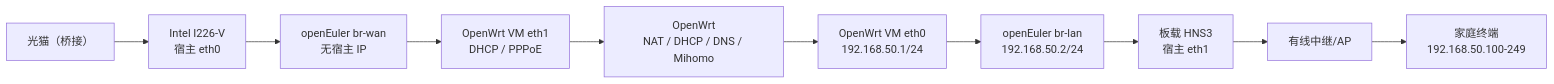
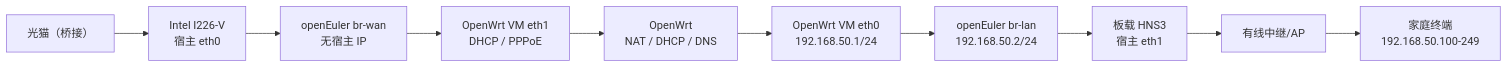
The diagram in kunpeng-pro-router/index.md (windcicada/windcicada.github.io), drawn with Mermaid before and after one commit. The commit also changed other lines of this file and 13 other files, not shown here.

````diff
--- a/kunpeng-pro-router/index.md
+++ b/kunpeng-pro-router/index.md
@@ -32,12 +30,12 @@
 ```mermaid
 flowchart LR
     ONT["光猫（桥接）"] --> PHYWAN["Intel I226-V<br/>宿主 eth0"]
     PHYWAN --> BWAN["openEuler br-wan<br/>无宿主 IP"]
     BWAN --> VMWAN["OpenWrt VM eth1<br/>DHCP / PPPoE"]
-    VMWAN --> ROUTER["OpenWrt<br/>NAT / DHCP / DNS / Mihomo"]
+    VMWAN --> ROUTER["OpenWrt<br/>NAT / DHCP / DNS"]
     ROUTER --> VMLAN["OpenWrt VM eth0<br/>192.168.50.1/24"]
     VMLAN --> BLAN["openEuler br-lan<br/>192.168.50.2/24"]
     BLAN --> PHYLAN["板载 HNS3<br/>宿主 eth1"]
     PHYLAN --> AP["有线中继/AP"]
     AP --> CLIENTS["家庭终端<br/>192.168.50.100-249"]
 ```
````
